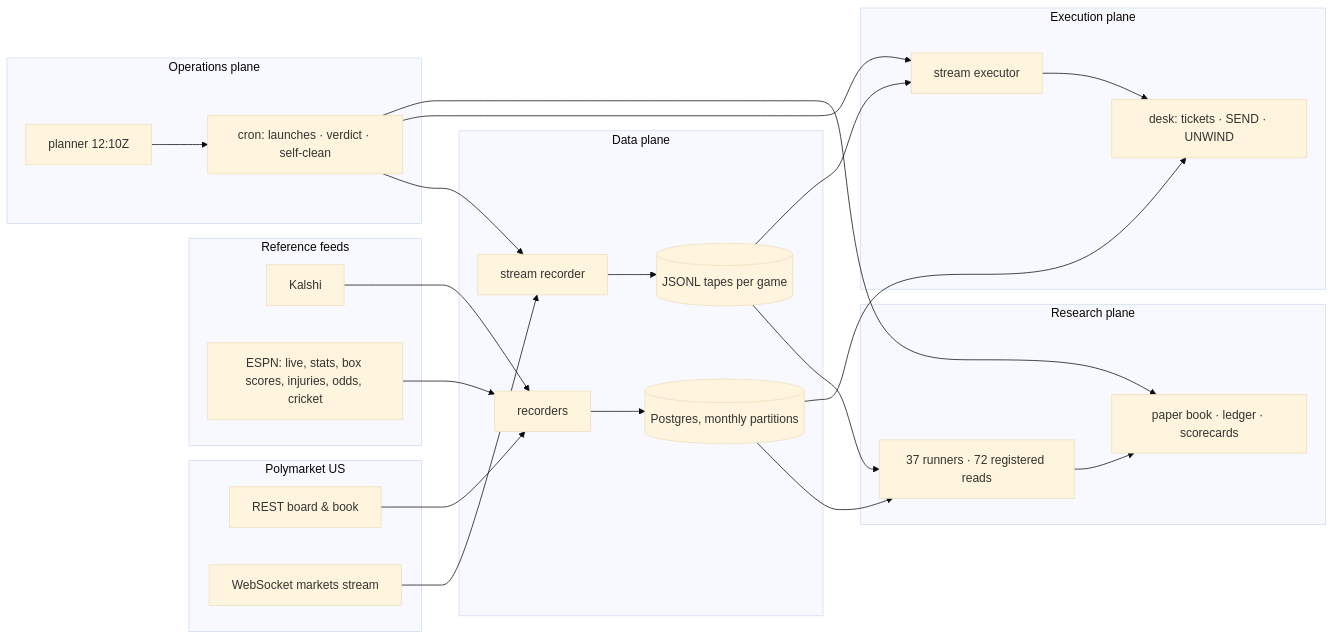
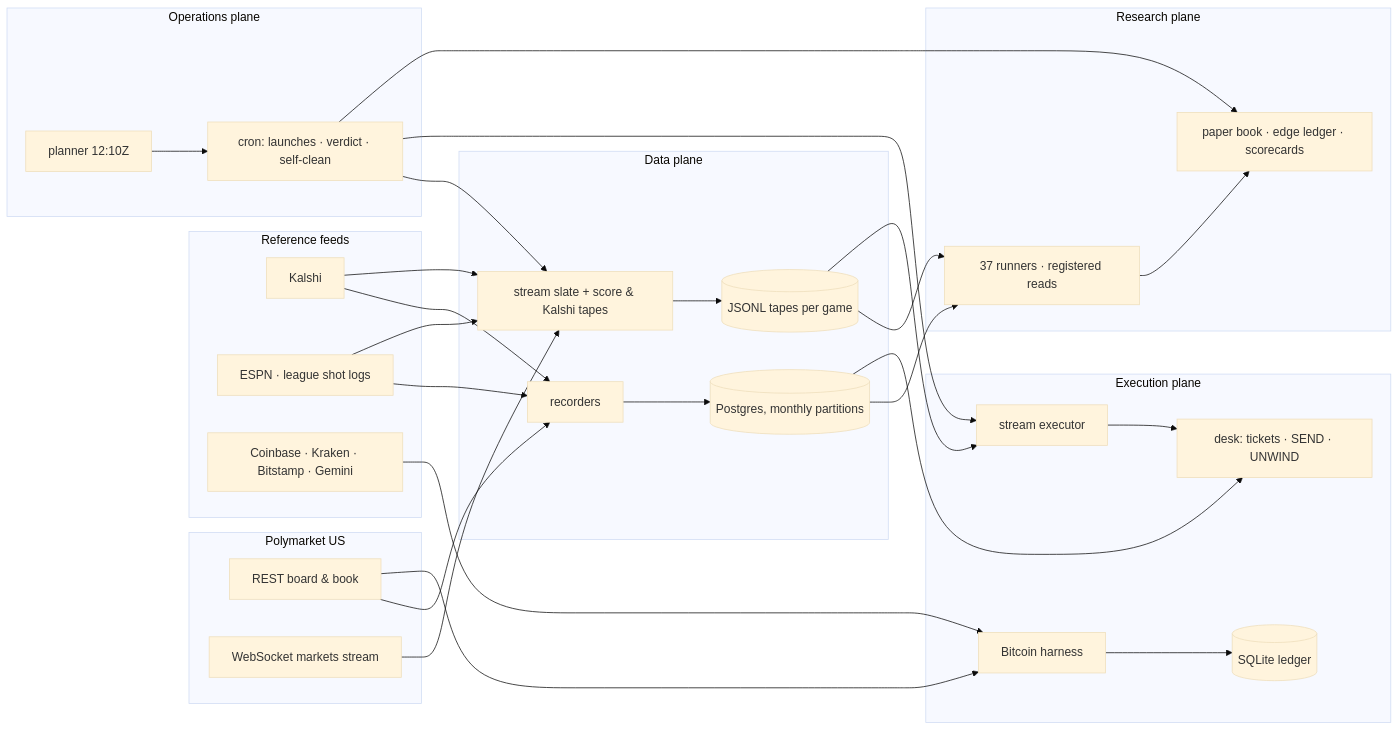
Before and after one commit to yyardi/Meridian: the diagram in README.md, drawn with Mermaid (base theme). The commit also changed other lines of this file and 7 other files, not shown here.

````diff
--- a/README.md
+++ b/README.md
@@ -32,35 +36,41 @@
 ```mermaid
 flowchart LR
   subgraph venue["Polymarket US"]
     REST[REST board & book]
     WS[WebSocket markets stream]
   end
   subgraph ref["Reference feeds"]
     K[Kalshi]
-    E[ESPN: live, stats, box scores, injuries, odds, cricket]
+    E[ESPN · league shot logs]
+    X[Coinbase · Kraken · Bitstamp · Gemini]
   end
   subgraph data["Data plane"]
     R[recorders] --> PG[(Postgres, monthly partitions)]
-    S[stream recorder] --> T[(JSONL tapes per game)]
+    S[stream slate + score & Kalshi tapes] --> T[(JSONL tapes per game)]
   end
   subgraph research["Research plane"]
-    RR[37 runners · 72 registered reads] --> PB[paper book · ledger · scorecards]
+    RR[37 runners · registered reads] --> PB[paper book · edge ledger · scorecards]
   end
   subgraph exec["Execution plane"]
-    X[stream executor] --> D[desk: tickets · SEND · UNWIND]
+    SX[stream executor] --> D[desk: tickets · SEND · UNWIND]
+    B[Bitcoin harness] --> L[(SQLite ledger)]
   end
   subgraph ops["Operations plane"]
     P[planner 12:10Z] --> C[cron: launches · verdict · self-clean]
   end
   REST --> R
   WS --> S
   K --> R
+  K --> S
   E --> R
+  E --> S
+  X --> B
+  REST --> B
   PG --> RR
   T --> RR
-  T --> X
+  T --> SX
   PG --> D
   C --> S
-  C --> X
+  C --> SX
   C --> PB
 ```
````
